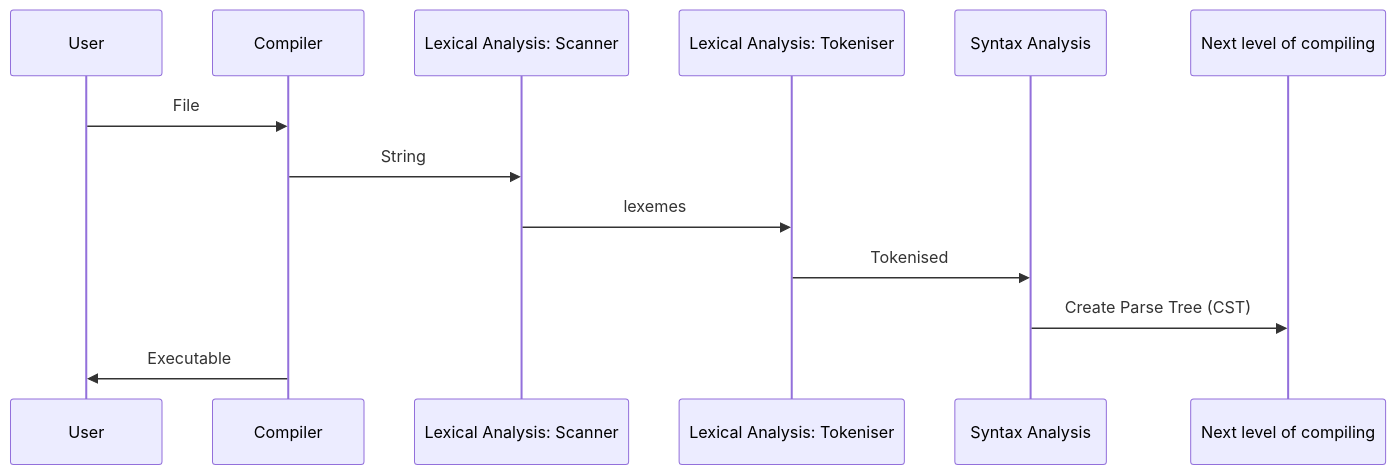
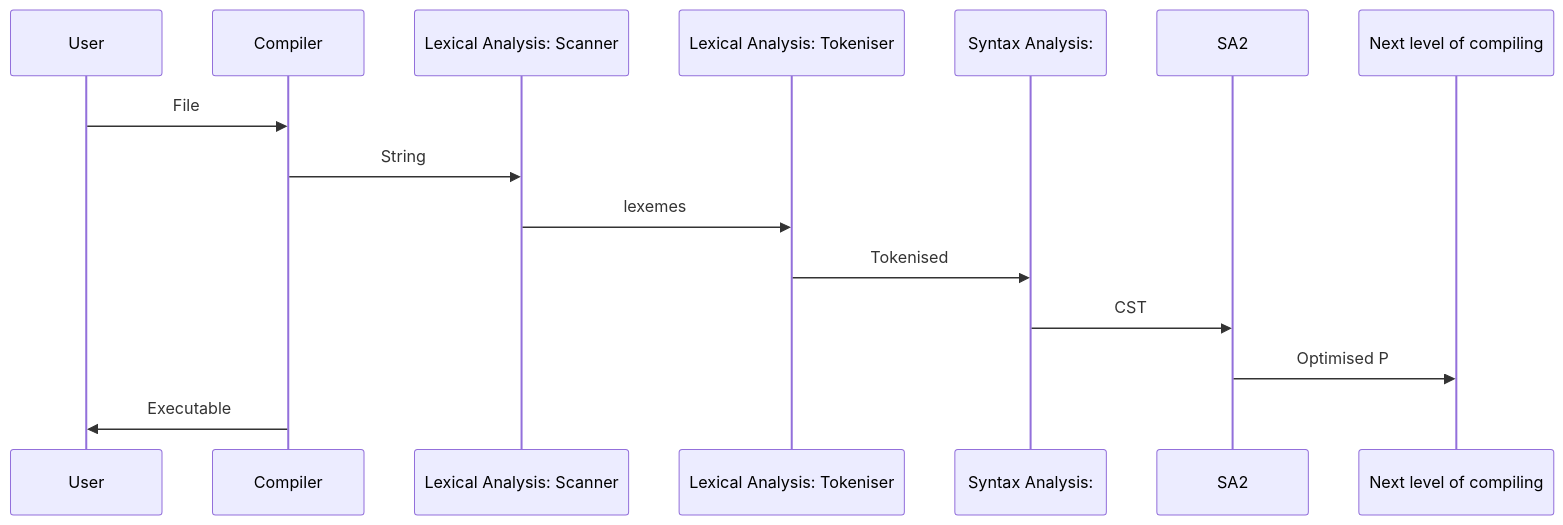
One commit to trshant-sugoi/stackedit changed the diagram in drafts/2019-02-25-Compiler-I-AST.md. Above: the diagram before and after it, drawn with Mermaid. The commit also changed other lines of this file, not shown here.

Commit message:
drafts/2019-02-25-Compiler-I-AST.md updated from https://stackedit.io/

````diff
--- a/drafts/2019-02-25-Compiler-I-AST.md
+++ b/drafts/2019-02-25-Compiler-I-AST.md
@@ -18,14 +18,15 @@
 ```mermaid
 sequenceDiagram
 participant U as User  
 participant C as Compiler   
 participant S as Lexical Analysis: Scanner
 participant T as Lexical Analysis: Tokeniser   
-participant SA as Syntax Analysis  
+participant SA1 as Syntax Analysis:  
 U ->> C  : File  
 C ->> S  : String
 S ->> T  : lexemes 
-T ->> SA : Tokenised   
-SA  ->> Next level of compiling : Create Parse Tree (CST) 
+T ->> SA1 : Tokenised   
+SA1  ->> SA2 : CST
+SA2  ->> Next level of compiling: Optimised P 
 C ->> U: Executable  
 ```  
````
